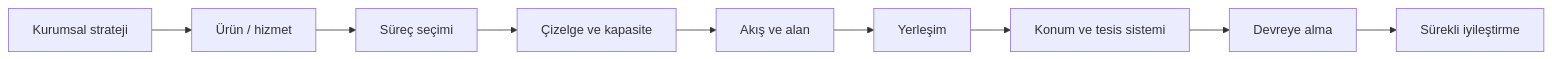
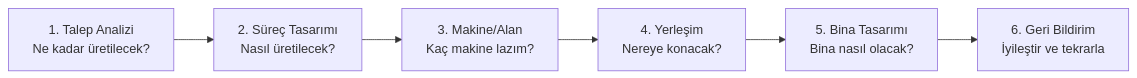
One commit to YGTKL16/tesis-planlama-notlari changed the second of 2 diagrams in src/ders-notlari/hf01.md. Above: the diagram before and after it, drawn with Mermaid. The commit also changed other lines of this file and 26 other files, not shown here.

````diff
--- a/src/ders-notlari/hf01.md
+++ b/src/ders-notlari/hf01.md
@@ -51,11 +110,8 @@
 ```mermaid
 flowchart LR
-  S[Kurumsal strateji] --> U[Ürün / hizmet]
-  U --> P[Süreç seçimi]
-  P --> C[Çizelge ve kapasite]
-  C --> A[Akış ve alan]
-  A --> Y[Yerleşim]
-  Y --> K[Konum ve tesis sistemi]
-  K --> D[Devreye alma]
-  D --> I[Sürekli iyileştirme]
+  A[1. Talep Analizi<br/>Ne kadar üretilecek?] --> B[2. Süreç Tasarımı<br/>Nasıl üretilecek?]
+  B --> C[3. Makine/Alan<br/>Kaç makine lazım?]
+  C --> D[4. Yerleşim<br/>Nereye konacak?]
+  D --> E[5. Bina Tasarımı<br/>Bina nasıl olacak?]
+  E --> F[6. Geri Bildirim<br/>İyileştir ve tekrarla]
 ```
````
